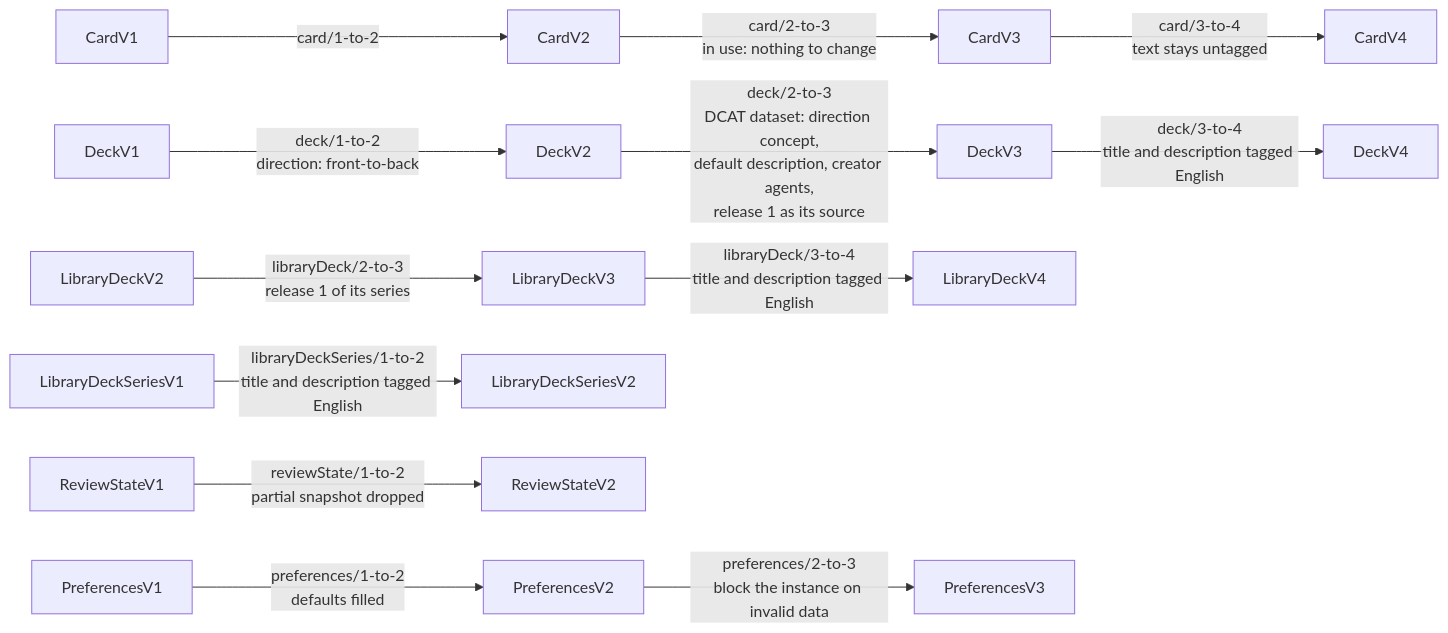
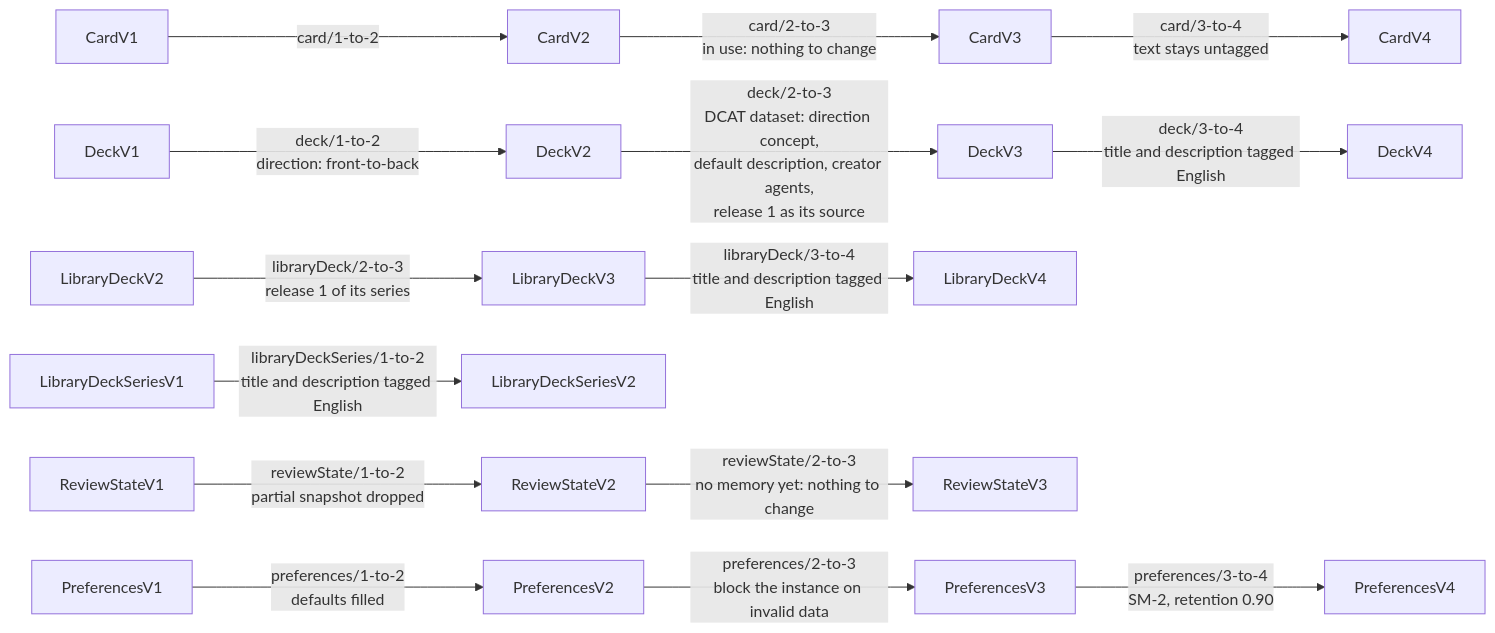
One commit to antwika/solid-memo changed the first of 3 diagrams in docs/migrations.md. Above: the diagram before and after it, drawn with Mermaid. The commit also changed other lines of this file and 64 other files, not shown here.

````diff
--- a/docs/migrations.md
+++ b/docs/migrations.md
@@ -68,15 +86,17 @@
 ```mermaid
 flowchart LR
     v1["CardV1"] -->|card/1-to-2| v2["CardV2"]
     v2 -->|card/2-to-3<br/>in use: nothing to change| v3["CardV3"]
     v3 -->|card/3-to-4<br/>text stays untagged| v4["CardV4"]
     d1["DeckV1"] -->|deck/1-to-2<br/>direction: front-to-back| d2["DeckV2"]
     d2 -->|deck/2-to-3<br/>DCAT dataset: direction concept,<br/>default description, creator agents,<br/>release 1 as its source| d3["DeckV3"]
     d3 -->|deck/3-to-4<br/>title and description tagged English| d4["DeckV4"]
     l2["LibraryDeckV2"] -->|libraryDeck/2-to-3<br/>release 1 of its series| l3["LibraryDeckV3"]
     l3 -->|libraryDeck/3-to-4<br/>title and description tagged English| l4["LibraryDeckV4"]
     s1["LibraryDeckSeriesV1"] -->|libraryDeckSeries/1-to-2<br/>title and description tagged English| s2["LibraryDeckSeriesV2"]
     r1["ReviewStateV1"] -->|reviewState/1-to-2<br/>partial snapshot dropped| r2["ReviewStateV2"]
+    r2 -->|reviewState/2-to-3<br/>no memory yet: nothing to change| r3["ReviewStateV3"]
     p1["PreferencesV1"] -->|preferences/1-to-2<br/>defaults filled| p2["PreferencesV2"]
     p2 -->|preferences/2-to-3<br/>block the instance on invalid data| p3["PreferencesV3"]
+    p3 -->|preferences/3-to-4<br/>SM-2, retention 0.90| p4["PreferencesV4"]
 ```
````
